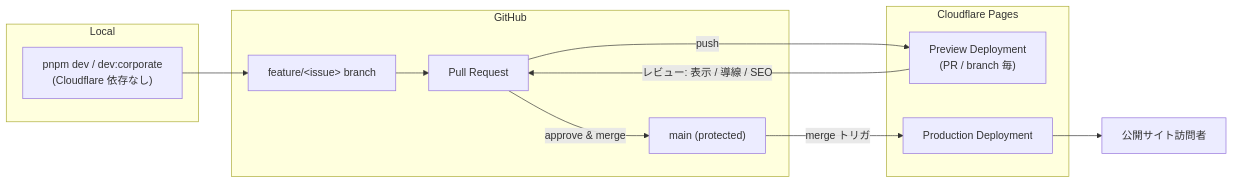
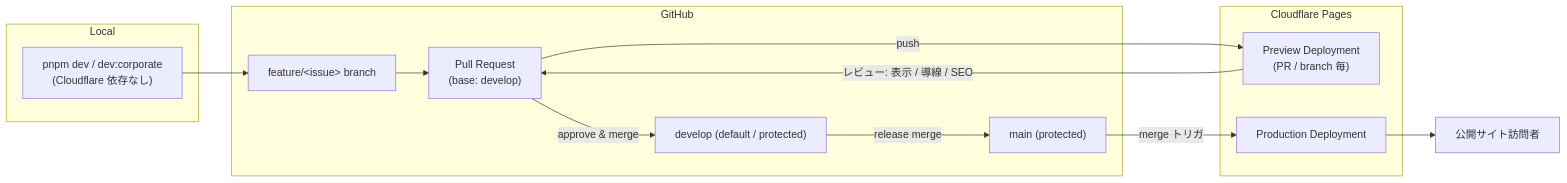
Before and after one commit to Fukuemon/kufu-apps: the diagram in context/infrastructure.md, drawn with Mermaid. The commit also changed other lines of this file and 20 other files, not shown here.

````diff
--- a/context/infrastructure.md
+++ b/context/infrastructure.md
@@ -48,22 +49,24 @@
 ```mermaid
 flowchart LR
     subgraph Dev["Local"]
         Local["pnpm dev / dev:corporate<br/>(Cloudflare 依存なし)"]
     end
     subgraph GH["GitHub"]
         FB["feature/&lt;issue&gt; branch"]
-        PR["Pull Request"]
+        PR["Pull Request<br/>(base: develop)"]
+        Develop["develop (default / protected)"]
         Main["main (protected)"]
     end
     subgraph CF["Cloudflare Pages"]
         Preview["Preview Deployment<br/>(PR / branch 毎)"]
         Prod["Production Deployment"]
     end
     Local --> FB
     FB --> PR
     PR -->|push| Preview
     Preview -->|レビュー: 表示 / 導線 / SEO| PR
-    PR -->|approve & merge| Main
+    PR -->|approve & merge| Develop
+    Develop -->|release merge| Main
     Main -->|merge トリガ| Prod
     Prod --> Users["公開サイト訪問者"]
 ```
````
